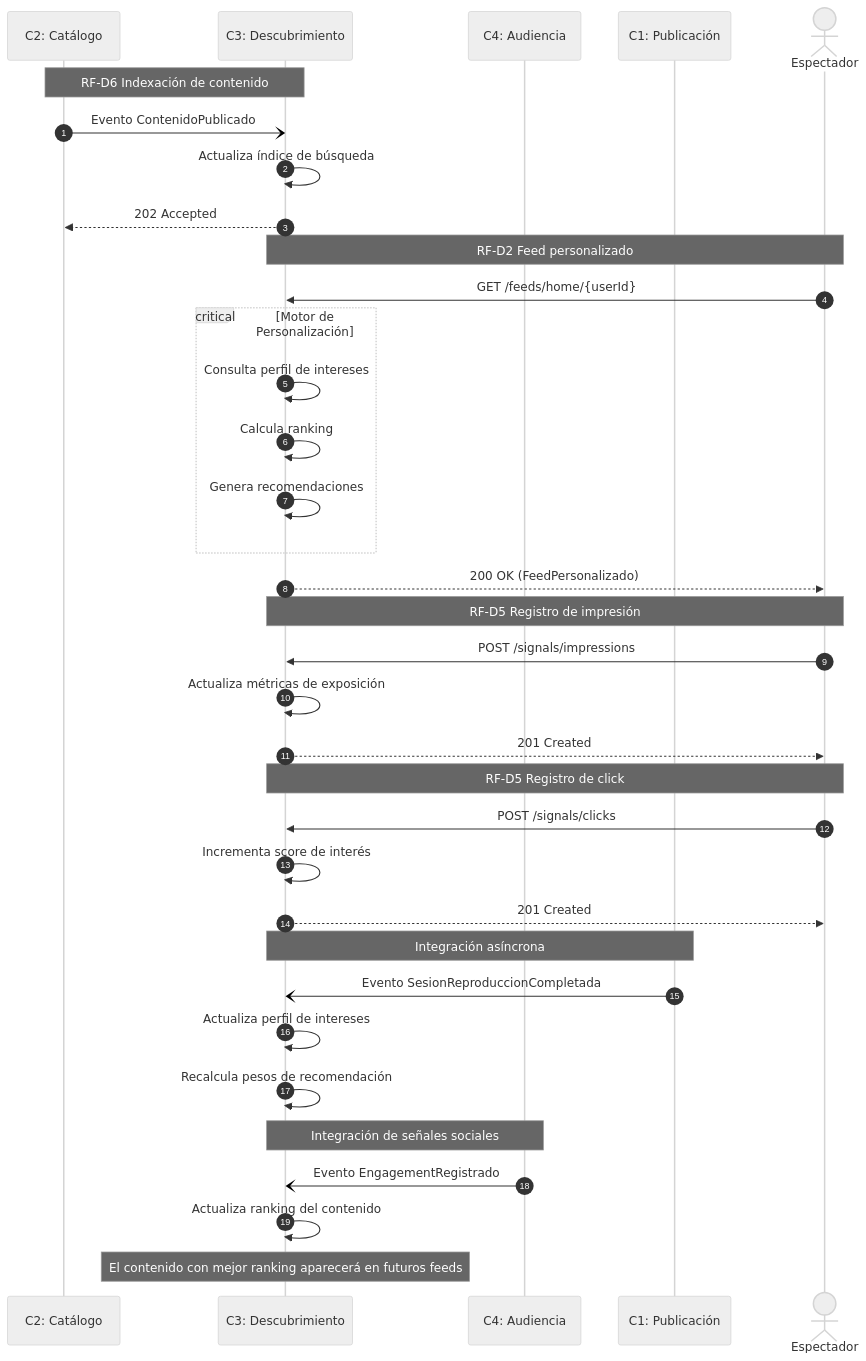
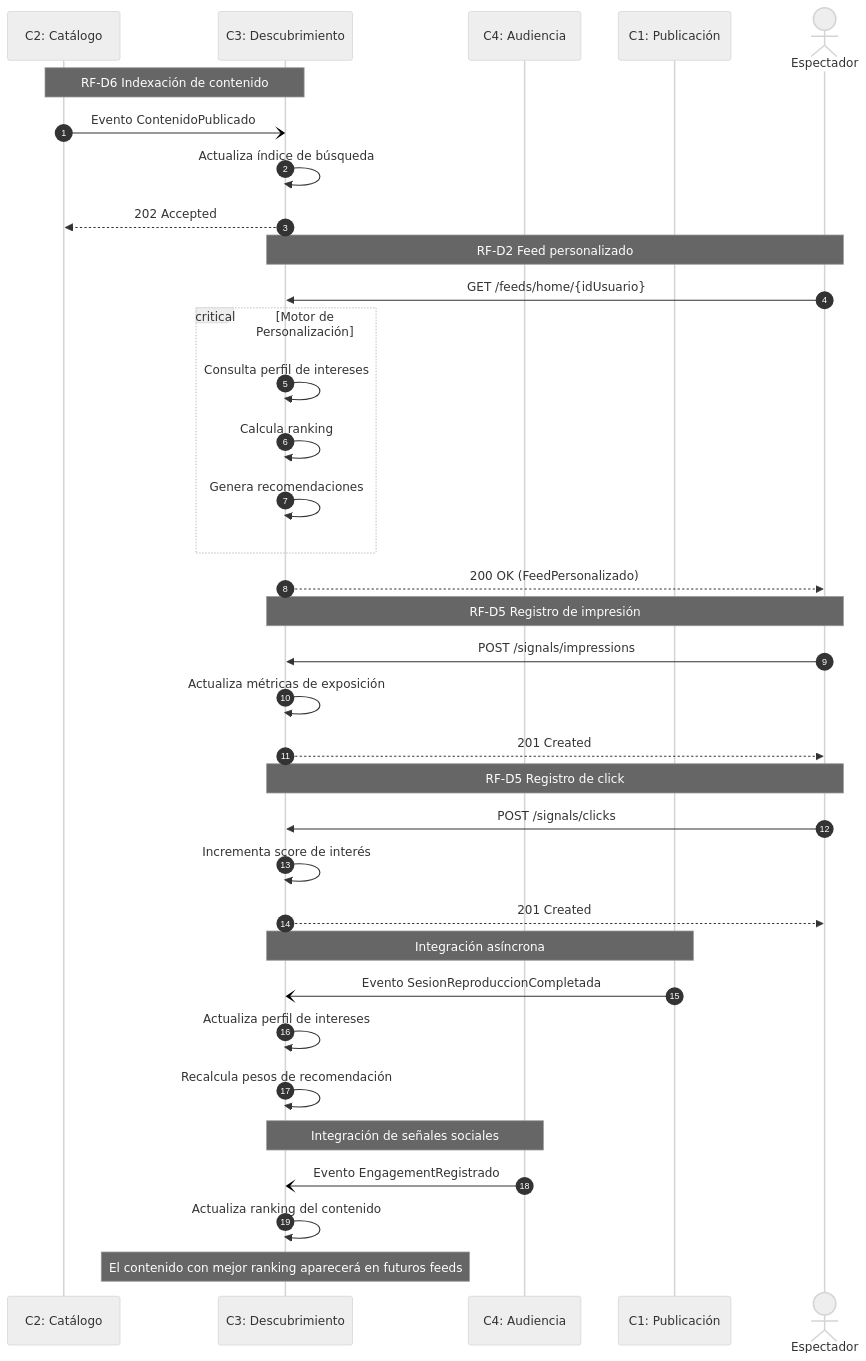
One commit to Wheaor/OpenAPI---Youtube changed the second of 2 diagrams in bounded-contexts-3-descubrimiento/README.md. Above: the diagram before and after it, drawn with Mermaid (neutral theme). The commit also changed other lines of this file, not shown here.

````diff
--- a/bounded-contexts-3-descubrimiento/README.md
+++ b/bounded-contexts-3-descubrimiento/README.md
@@ -158,60 +160,60 @@
 ```mermaid
 sequenceDiagram
     autonumber
 
     participant C2 as C2: Catálogo
     participant C3 as C3: Descubrimiento
     participant C4 as C4: Audiencia
     participant C1 as C1: Publicación
     actor User as Espectador
 
     %% --- INDEXACIÓN DE CONTENIDO ---
     Note over C2,C3: RF-D6 Indexación de contenido
 
     C2-)C3: Evento ContenidoPublicado
     C3->>C3: Actualiza índice de búsqueda
     C3-->>C2: 202 Accepted
 
     %% --- GENERACIÓN DEL FEED ---
     Note over User,C3: RF-D2 Feed personalizado
 
-    User->>C3: GET /feeds/home/{userId}
+    User->>C3: GET /feeds/home/{idUsuario}
 
     critical Motor de Personalización
         C3->>C3: Consulta perfil de intereses
         C3->>C3: Calcula ranking
         C3->>C3: Genera recomendaciones
     end
 
     C3-->>User: 200 OK (FeedPersonalizado)
 
     %% --- IMPRESIÓN ---
     Note over User,C3: RF-D5 Registro de impresión
 
     User->>C3: POST /signals/impressions
     C3->>C3: Actualiza métricas de exposición
     C3-->>User: 201 Created
 
     %% --- CLICK SOBRE RECOMENDACIÓN ---
     Note over User,C3: RF-D5 Registro de click
 
     User->>C3: POST /signals/clicks
     C3->>C3: Incrementa score de interés
     C3-->>User: 201 Created
 
     %% --- WATCH TIME DESDE PUBLICACIÓN ---
     Note over C1,C3: Integración asíncrona
 
     C1-)C3: Evento SesionReproduccionCompletada
     C3->>C3: Actualiza perfil de intereses
     C3->>C3: Recalcula pesos de recomendación
 
     %% --- ENGAGEMENT DESDE AUDIENCIA ---
     Note over C4,C3: Integración de señales sociales
 
     C4-)C3: Evento EngagementRegistrado
     C3->>C3: Actualiza ranking del contenido
 
     %% --- RECOMENDACIÓN FUTURA ---
     Note over C3: El contenido con mejor ranking aparecerá en futuros feeds
 ```
````
